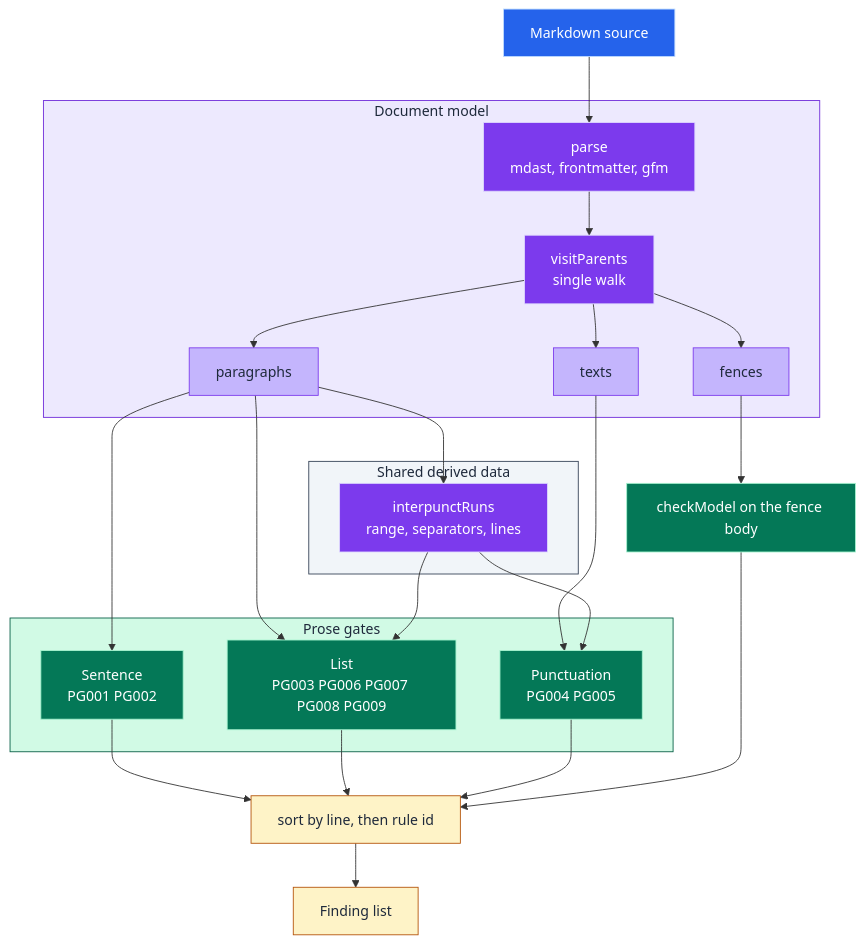
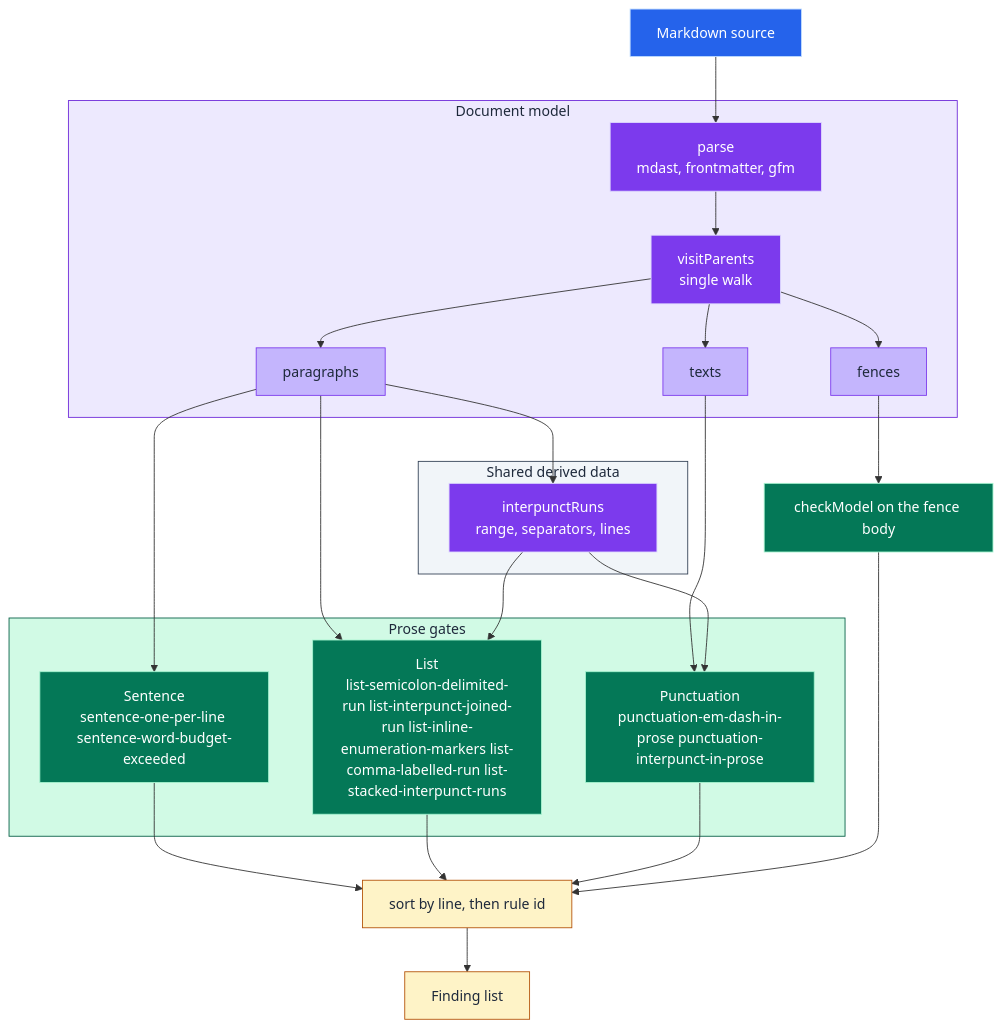
One commit to jpeakai/jpai-prose-gates changed the fourth of 8 diagrams in docs/DATA_MODEL.md. Above: the diagram before and after it, drawn with Mermaid. The commit also changed other lines of this file and 67 other files, not shown here.

````diff
--- a/docs/DATA_MODEL.md
+++ b/docs/DATA_MODEL.md
@@ -229,52 +229,52 @@
 ```mermaid
 flowchart TB
     SRC["Markdown source"]:::source
 
     subgraph build["Document model"]
         PARSE["parse<br/>mdast, frontmatter, gfm"]:::build
         WALK["visitParents<br/>single walk"]:::build
         PARA["paragraphs"]:::view
         TEXT["texts"]:::view
         FENCE["fences"]:::view
     end
 
     subgraph derived["Shared derived data"]
         RUNS["interpunctRuns<br/>range, separators, lines"]:::build
     end
 
     subgraph gates["Prose gates"]
-        SENT["Sentence<br/>PG001 PG002"]:::gate
-        LIST["List<br/>PG003 PG006 PG007 PG008 PG009"]:::gate
-        PUNC["Punctuation<br/>PG004 PG005"]:::gate
+        SENT["Sentence<br/>sentence-one-per-line sentence-word-budget-exceeded"]:::gate
+        LIST["List<br/>list-semicolon-delimited-run list-interpunct-joined-run list-inline-enumeration-markers list-comma-labelled-run list-stacked-interpunct-runs"]:::gate
+        PUNC["Punctuation<br/>punctuation-em-dash-in-prose punctuation-interpunct-in-prose"]:::gate
     end
 
     RECUR["checkModel on the fence body"]:::gate
     SORT["sort by line, then rule id"]:::out
     OUT["Finding list"]:::out
 
     SRC --> PARSE --> WALK
     WALK --> PARA
     WALK --> TEXT
     WALK --> FENCE
     PARA --> RUNS
     PARA --> SENT
     PARA --> LIST
     TEXT --> PUNC
     RUNS --> LIST
     RUNS --> PUNC
     FENCE --> RECUR
     SENT --> SORT
     LIST --> SORT
     PUNC --> SORT
     RECUR --> SORT --> OUT
 
     classDef source fill:#2563eb,stroke:#bfdbfe,color:#ffffff
     classDef build  fill:#7c3aed,stroke:#ddd6fe,color:#ffffff
     classDef view   fill:#c4b5fd,stroke:#7c3aed,color:#1e293b
     classDef gate   fill:#047857,stroke:#a7f3d0,color:#ffffff
     classDef out    fill:#fef3c7,stroke:#b45309,color:#1e293b
 
     style build fill:#ede9fe,stroke:#6d28d9,color:#1e293b
     style derived fill:#f1f5f9,stroke:#334155,color:#1e293b
     style gates fill:#d1fae5,stroke:#065f46,color:#1e293b
 ```
````
